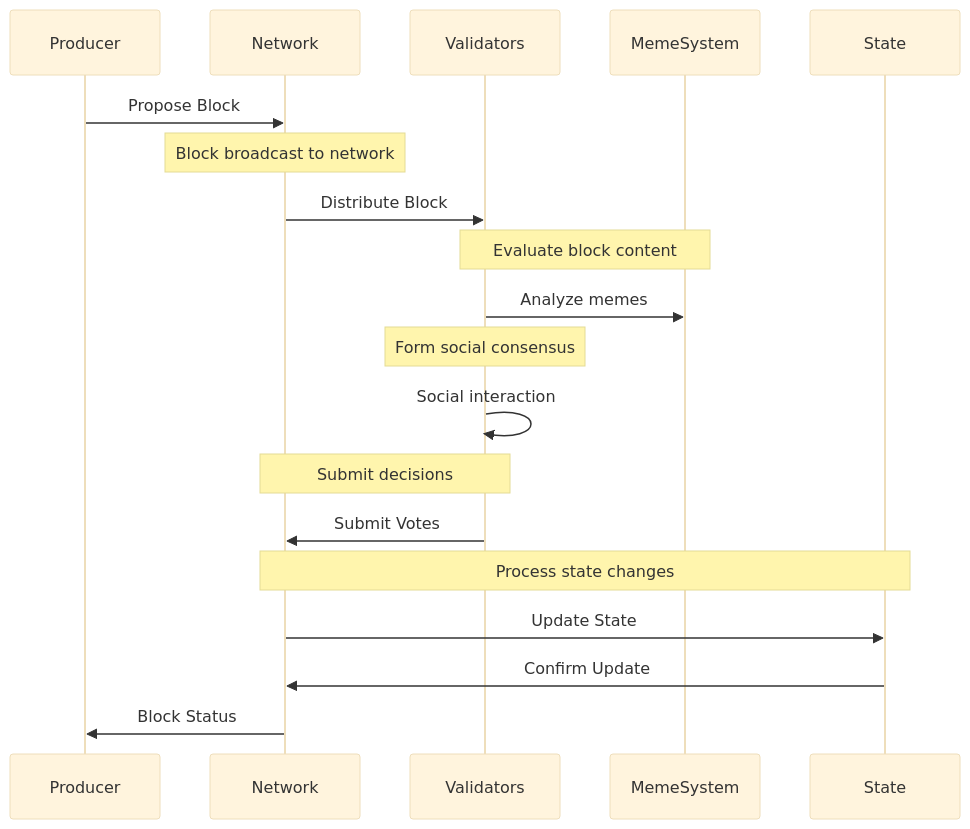
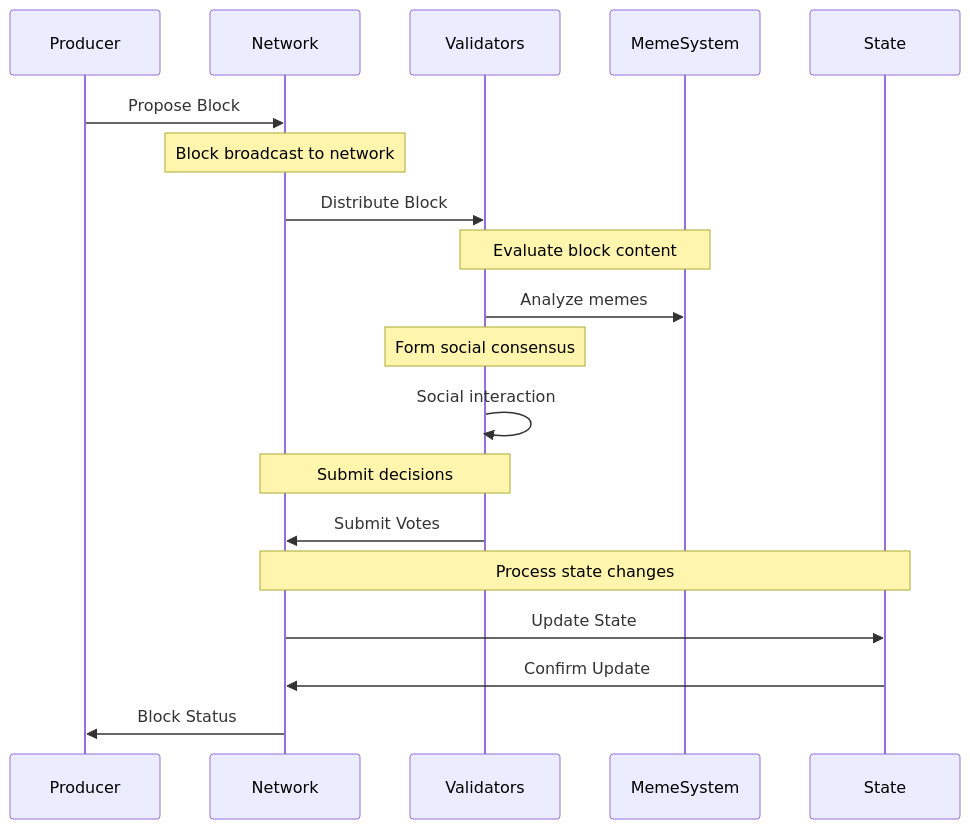
One commit to SumeetChougule/chaoschain changed the third of 6 diagrams in docs/introduction/architecture.md. Above: the diagram before and after it, drawn with Mermaid. The commit also changed other lines of this file, not shown here.

Commit message:
Simplify Mermaid syntax for better GitBook compatibility

````diff
--- a/docs/introduction/architecture.md
+++ b/docs/introduction/architecture.md
@@ -125,23 +124,22 @@
 ```mermaid
-%%{init: {'theme': 'base', 'themeVariables': { 'fontSize': '16px', 'fontFamily': 'arial' }}}%%
 sequenceDiagram
     participant Producer
     participant Network
     participant Validators
     participant MemeSystem
     participant State
 
     Producer->>Network: Propose Block
     Note over Network: Block broadcast to network
     Network->>Validators: Distribute Block
     Note over Validators,MemeSystem: Evaluate block content
     Validators->>MemeSystem: Analyze memes
     Note over Validators: Form social consensus
     Validators->>Validators: Social interaction
     Note over Validators,Network: Submit decisions
     Validators->>Network: Submit Votes
     Note over Network,State: Process state changes
     Network->>State: Update State
     State->>Network: Confirm Update
     Network->>Producer: Block Status
 ```
````
